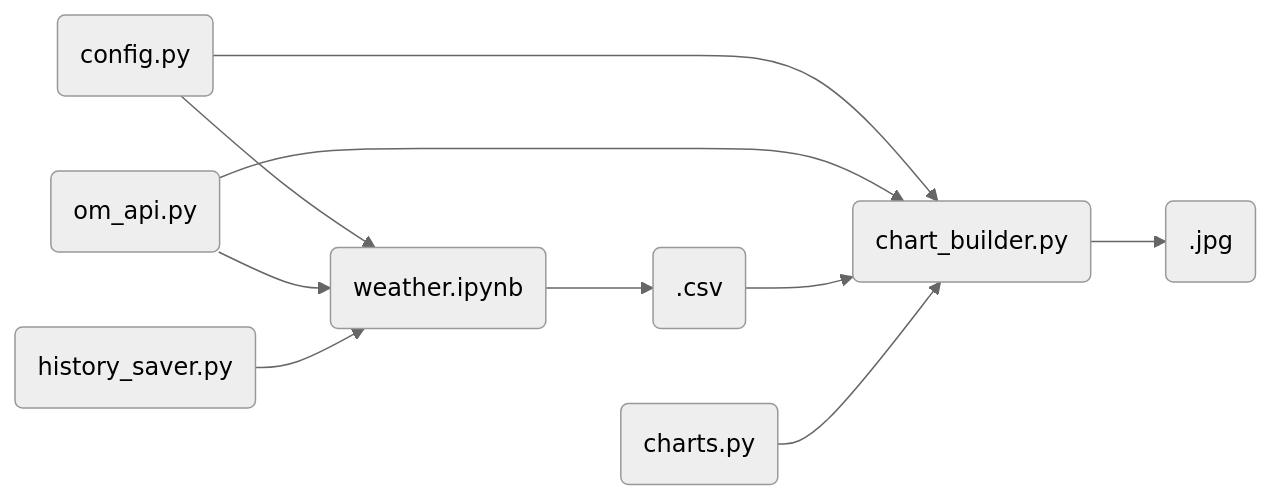
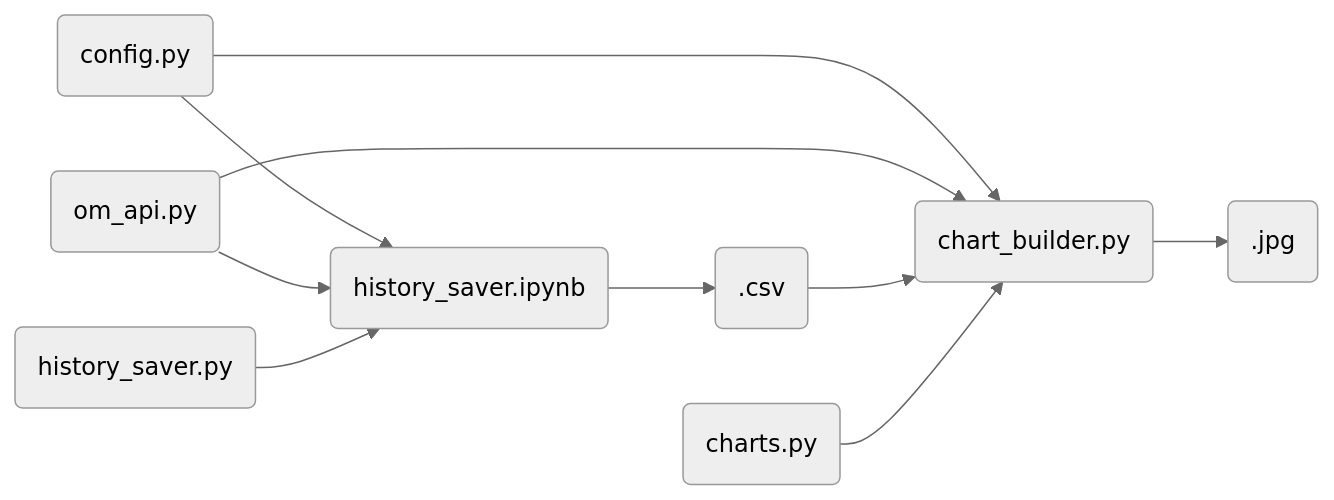
Before and after one commit to xianrr/weather: the diagram in README.md, drawn with Mermaid (neutral theme). The commit also changed other lines of this file and 3 other files, not shown here.

````diff
--- a/README.md
+++ b/README.md
@@ -26,20 +25,20 @@
 ```mermaid
 flowchart LR
 id1(config.py)
 id2(om_api.py)
 id3(history_saver.py)
-id4(weather.ipynb)
+id4(history_saver.ipynb)
 id5(.csv)
 id8(charts.py)
 id6(chart_builder.py)
 id7(.jpg)
 id1 --> id4
 id2 --> id4
 id3 --> id4
 id4 --> id5
 id1 --> id6
 id2 --> id6
 id5 --> id6
 id8 --> id6
 id6 --> id7
 ```
````
